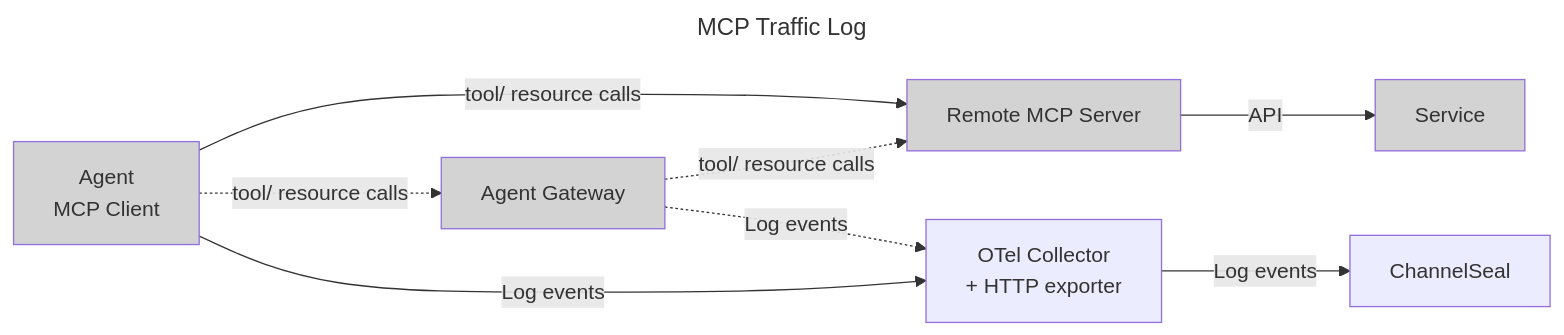
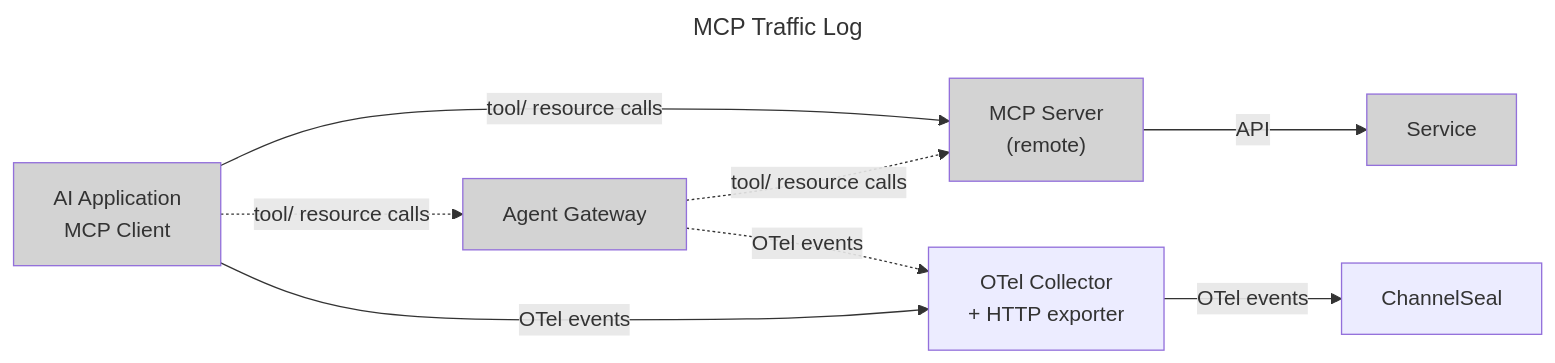
The eighth of 8 diagrams in mcp/mcp-index/README.md (sdatapix/tinkering), drawn with Mermaid before and after one commit. The commit also changed other lines of this file, not shown here.

Commit message:
more details on schema

````diff
--- a/mcp/mcp-index/README.md
+++ b/mcp/mcp-index/README.md
@@ -421,16 +648,16 @@
 ```mermaid
 ---
 title: MCP Traffic Log
 ---
 flowchart LR
     style A fill:lightgray
     style AG fill:lightgray
     style MS fill:lightgray
     style S fill:lightgray
-    A[Agent <br>MCP Client]-.tool/ resource calls.->AG[Agent Gateway]-.tool/ resource calls.->MS[Remote MCP Server]
+    A[AI Application <br>MCP Client]-.tool/ resource calls.->AG[Agent Gateway]-.tool/ resource calls.->MS["MCP Server <br>(remote)"]
     A--tool/ resource calls-->MS
     MS--API-->S[Service]
-    A--Log events-->C
-    AG-.Log events.->C[OTel Collector<br> + HTTP exporter]
-    C--Log events-->CC[ChannelSeal]
+    A--OTel events-->C
+    AG-.OTel events.->C[OTel Collector<br> + HTTP exporter]
+    C--OTel events-->CC[ChannelSeal]
 ```
````
